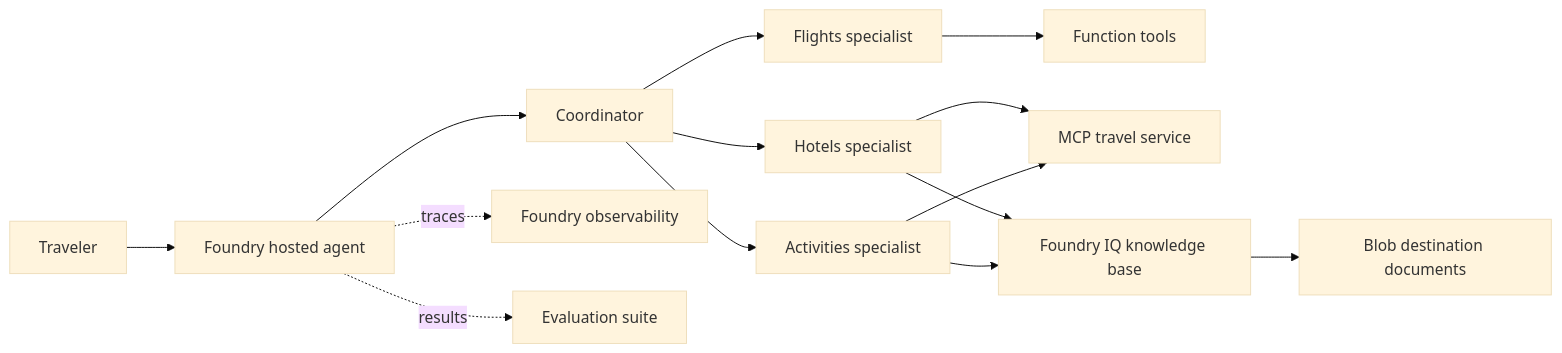
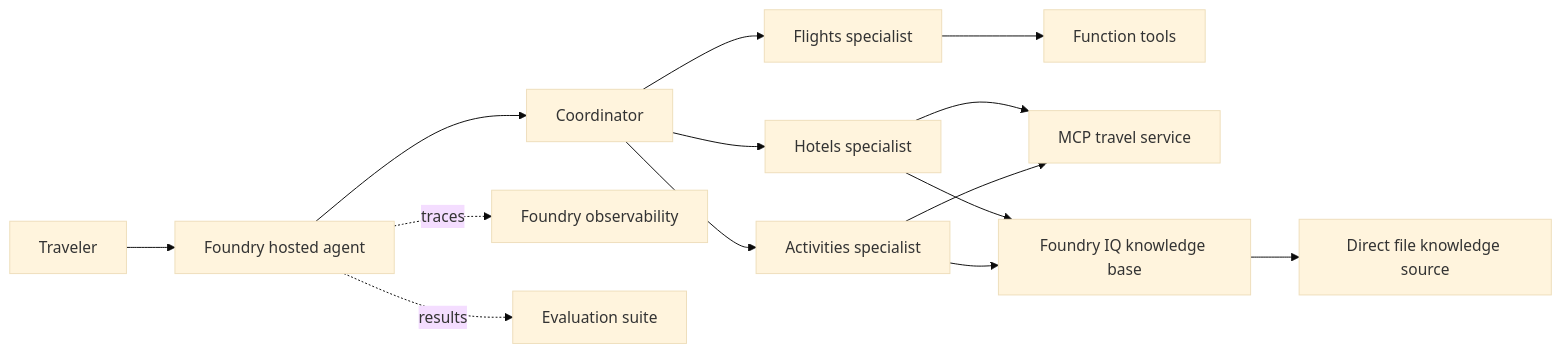
One commit to tmathew1000/foundry-multi-agent-developer-lab changed the diagram in README.md. Above: the diagram before and after it, drawn with Mermaid (base theme). The commit also changed other lines of this file and 19 other files, not shown here.

First line of the commit message:
feat: use direct file knowledge sources for lab grounding

````diff
--- a/README.md
+++ b/README.md
@@ -44,16 +44,16 @@
 ```mermaid
 flowchart LR
     U[Traveler] --> H[Foundry hosted agent]
     H --> C[Coordinator]
     C --> F[Flights specialist]
     C --> HT[Hotels specialist]
     C --> A[Activities specialist]
     F --> FT[Function tools]
     HT --> M[MCP travel service]
     A --> M
     HT --> IQ[Foundry IQ knowledge base]
     A --> IQ
-    IQ --> B[Blob destination documents]
+    IQ --> B[Direct file knowledge source]
     H -. traces .-> O[Foundry observability]
     H -. results .-> E[Evaluation suite]
 ```
````
